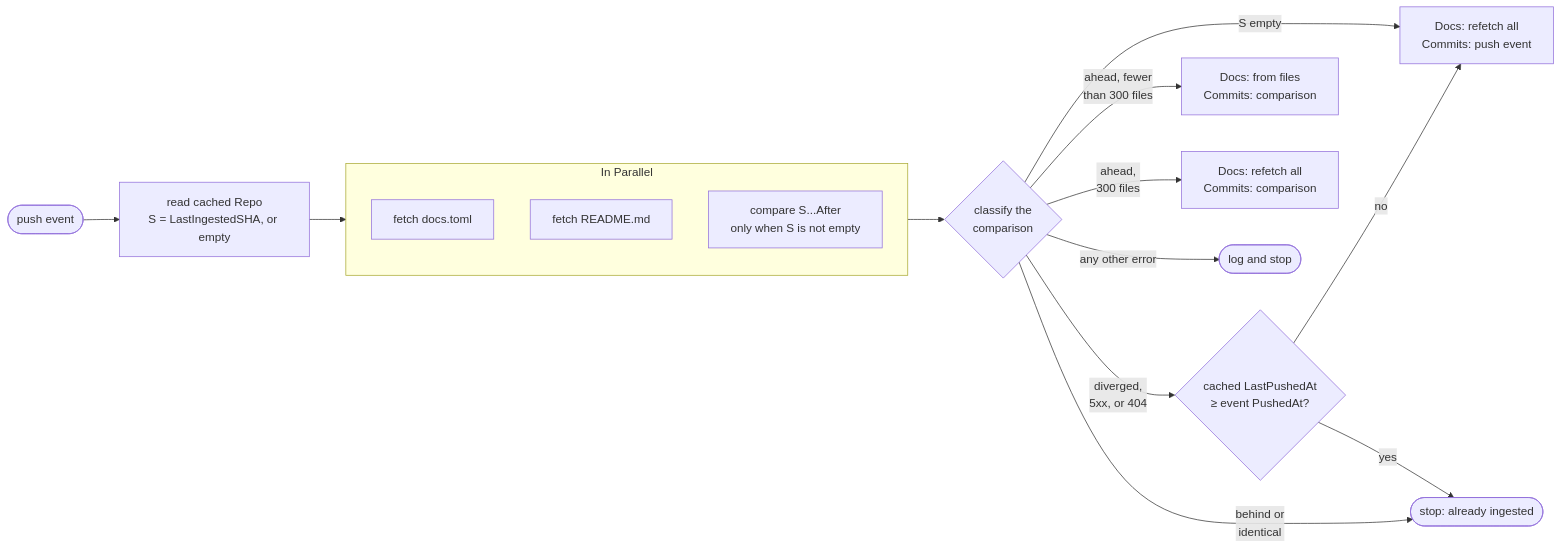
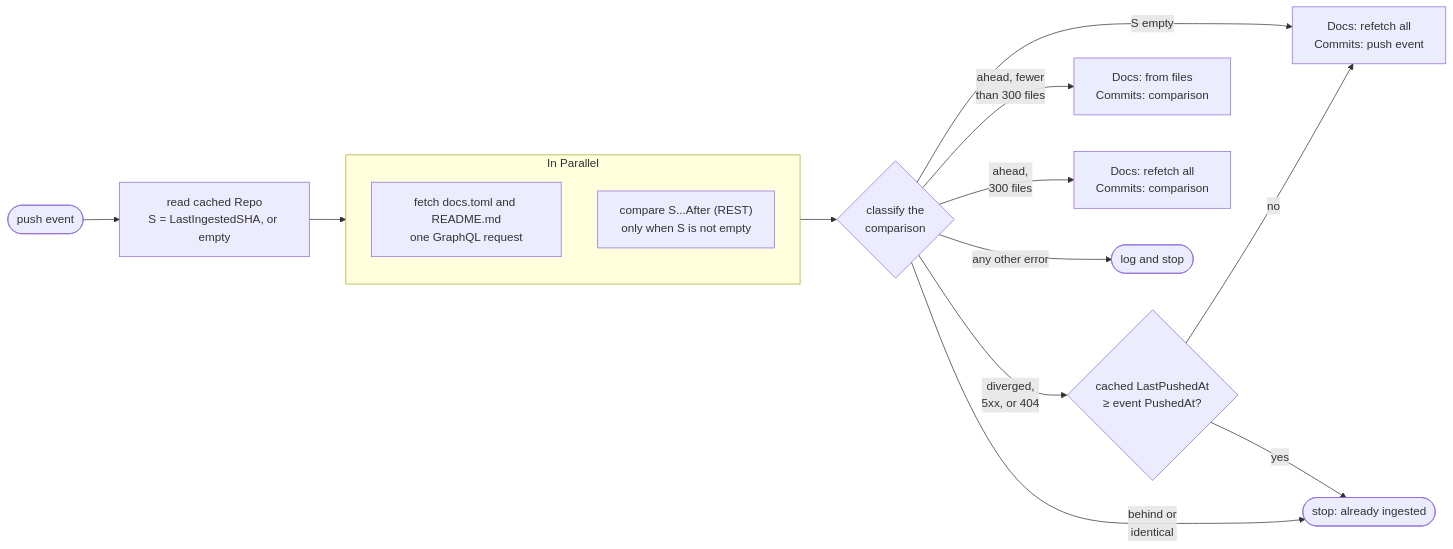
One commit to ph-nixx/site changed the first of 2 diagrams in docs/rfcs/0001-github-doc-parsing-and-caching.md. Above: the diagram before and after it, drawn with Mermaid. The commit also changed other lines of this file and 6 other files, not shown here.

````diff
--- a/docs/rfcs/0001-github-doc-parsing-and-caching.md
+++ b/docs/rfcs/0001-github-doc-parsing-and-caching.md
@@ -492,22 +520,21 @@
 ```mermaid
 flowchart LR
 	push([push event]) --> cached["read cached Repo<br/>S = LastIngestedSHA, or empty"]
 
 	subgraph parallel ["In Parallel"]
-		docs[fetch docs.toml]
-		readme[fetch README.md]
-		compare["compare S...After<br/>only when S is not empty"]
+		files["fetch docs.toml and README.md<br/>one GraphQL request"]
+		compare["compare S...After (REST)<br/>only when S is not empty"]
 	end
 
 	cached --> parallel
 	parallel --> classify{classify the<br/>comparison}
 
 	classify -->|"S empty"| refetchPush["Docs: refetch all<br/>Commits: push event"]
 	classify -->|"diverged,<br/>5xx, or 404"| pushedAt{"cached LastPushedAt<br/>≥ event PushedAt?"}
 	pushedAt -->|no| refetchPush
 	pushedAt -->|yes| stopStale
 	classify -->|"ahead, fewer<br/>than 300 files"| fromFiles["Docs: from files<br/>Commits: comparison"]
 	classify -->|"ahead,<br/>300 files"| refetchCompare["Docs: refetch all<br/>Commits: comparison"]
 	classify -->|"behind or<br/>identical"| stopStale([stop: already ingested])
 	classify -->|any other error| fail([log and stop])
 ```
````
